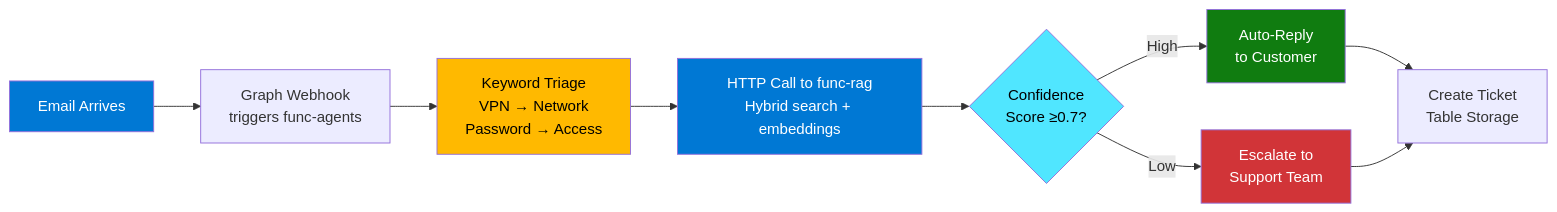
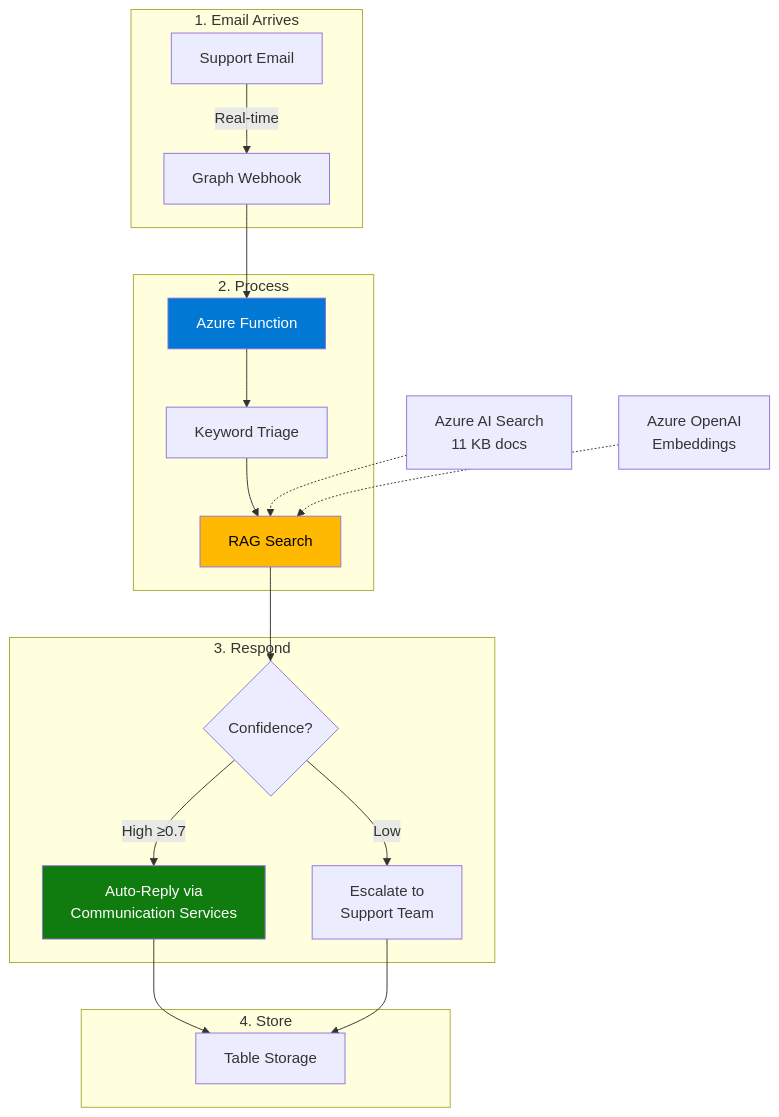
Before and after one commit to LuiseFreese/espc25-smart-support-agent: the diagram in README.md, drawn with Mermaid. The commit also changed other lines of this file and 19 other files, not shown here.

````diff
--- a/README.md
+++ b/README.md
@@ -24,18 +7,30 @@
 ```mermaid
-graph LR
-    A[Email Arrives] --> B[Graph Webhook<br/>triggers func-agents]
-    B --> C[Keyword Triage<br/>VPN → Network<br/>Password → Access]
-    C --> D[HTTP Call to func-rag<br/>Hybrid search + embeddings]
-    D --> E{Confidence<br/>Score ≥0.7?}
-    E -->|High| F[Auto-Reply<br/>to Customer]
-    E -->|Low| G[Escalate to<br/>Support Team]
-    F --> H[Create Ticket<br/>Table Storage]
-    G --> H
+graph TB
+    subgraph "1. Email Arrives"
+        A[Support Email] -->|Real-time| B[Graph Webhook]
+    end
     
-    style A fill:#0078d4,color:#fff
-    style C fill:#ffb900,color:#000
-    style D fill:#0078d4,color:#fff
-    style E fill:#50e6ff,color:#000
-    style F fill:#107c10,color:#fff
-    style G fill:#d13438,color:#fff
+    subgraph "2. Process"
+        B --> C[Azure Function]
+        C --> D[Keyword Triage]
+        D --> E[RAG Search]
+    end
+    
+    subgraph "3. Respond"
+        E --> F{Confidence?}
+        F -->|High ≥0.7| G[Auto-Reply via<br/>Communication Services]
+        F -->|Low| H[Escalate to<br/>Support Team]
+    end
+    
+    subgraph "4. Store"
+        G --> I[Table Storage]
+        H --> I
+    end
+    
+    J[Azure AI Search<br/>11 KB docs] -.-> E
+    K[Azure OpenAI<br/>Embeddings] -.-> E
+    
+    style C fill:#0078d4,color:#fff
+    style E fill:#ffb900,color:#000
+    style G fill:#107c10,color:#fff
 ```
````
